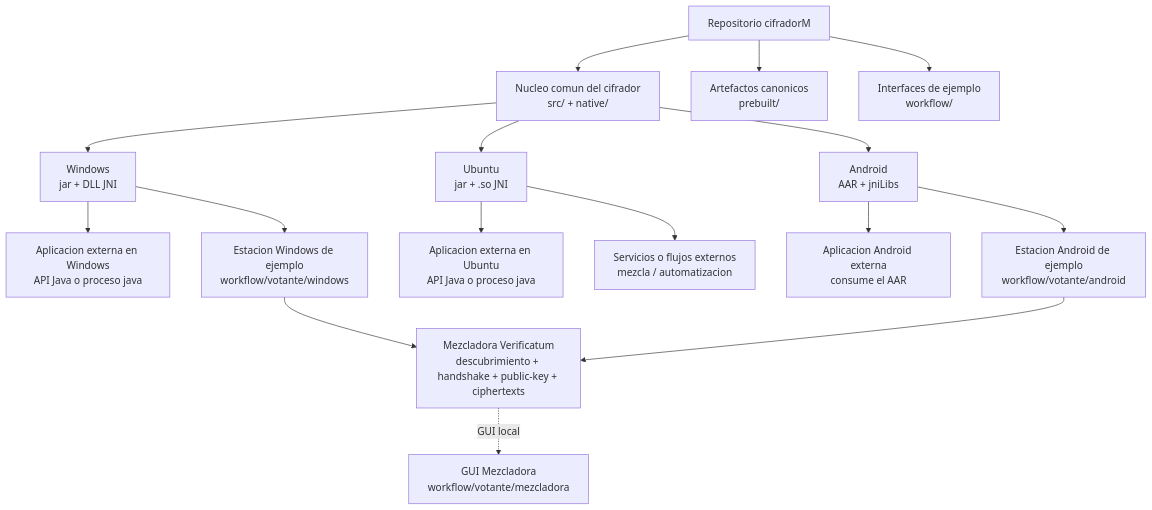
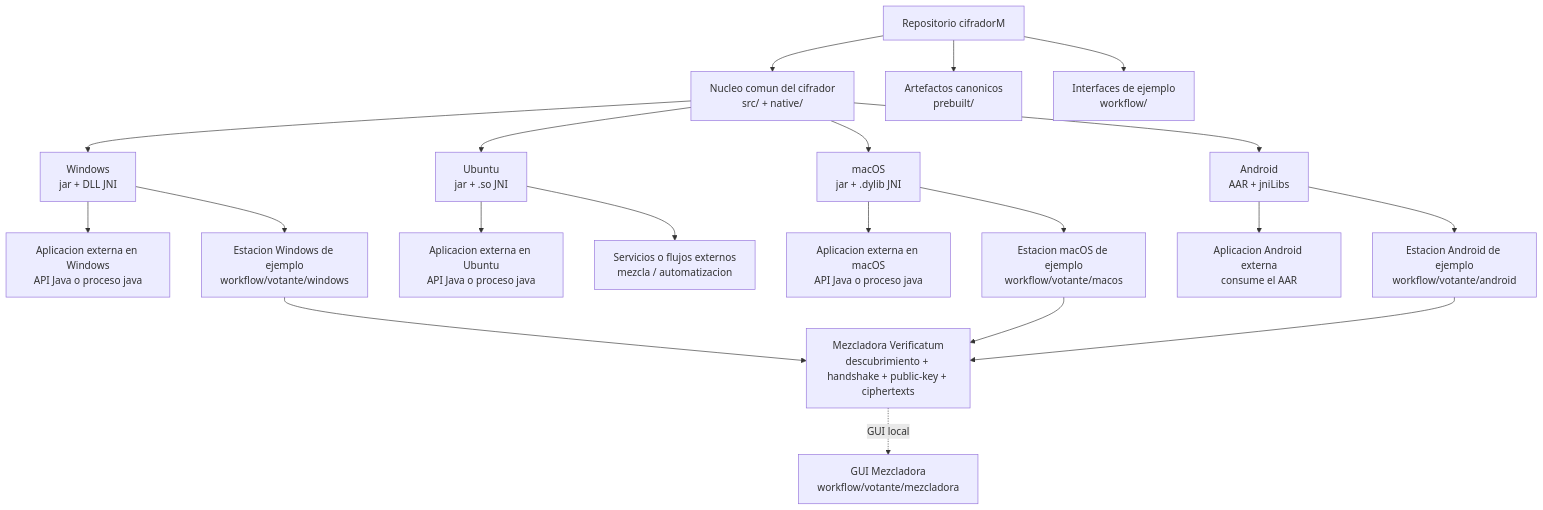
Before and after one commit to rmartinezch/ElGamalClient: the first of 5 diagrams in README.md, drawn with Mermaid. The commit also changed other lines of this file and 3 other files, not shown here.

First line of the commit message:
fix(macos): corregir detección JDK en scripts macOS + sección README

````diff
--- a/README.md
+++ b/README.md
@@ -53,25 +61,30 @@
 ```mermaid
 flowchart TB
     Repo["Repositorio cifradorM"]
 
     Repo --> Core["Nucleo comun del cifrador<br/>src/ + native/"]
     Repo --> Prebuilt["Artefactos canonicos<br/>prebuilt/"]
     Repo --> Workflow["Interfaces de ejemplo<br/>workflow/"]
 
     Core --> WinLib["Windows<br/>jar + DLL JNI"]
     Core --> UbuntuLib["Ubuntu<br/>jar + .so JNI"]
+    Core --> MacLib["macOS<br/>jar + .dylib JNI"]
     Core --> AndroidLib["Android<br/>AAR + jniLibs"]
 
     WinLib --> WinExternal["Aplicacion externa en Windows<br/>API Java o proceso java"]
     WinLib --> WinStation["Estacion Windows de ejemplo<br/>workflow/votante/windows"]
 
     UbuntuLib --> UbuntuExternal["Aplicacion externa en Ubuntu<br/>API Java o proceso java"]
     UbuntuLib --> UbuntuOps["Servicios o flujos externos<br/>mezcla / automatizacion"]
 
+    MacLib --> MacExternal["Aplicacion externa en macOS<br/>API Java o proceso java"]
+    MacLib --> MacStation["Estacion macOS de ejemplo<br/>workflow/votante/macos"]
+
     AndroidLib --> AndroidExternal["Aplicacion Android externa<br/>consume el AAR"]
     AndroidLib --> AndroidStation["Estacion Android de ejemplo<br/>workflow/votante/android"]
 
     WinStation --> Mixer["Mezcladora Verificatum<br/>descubrimiento + handshake + public-key + ciphertexts"]
+    MacStation --> Mixer
     AndroidStation --> Mixer
     Mixer -. GUI local .-> MixGUI["GUI Mezcladora<br/>workflow/votante/mezcladora"]
 ```
````
